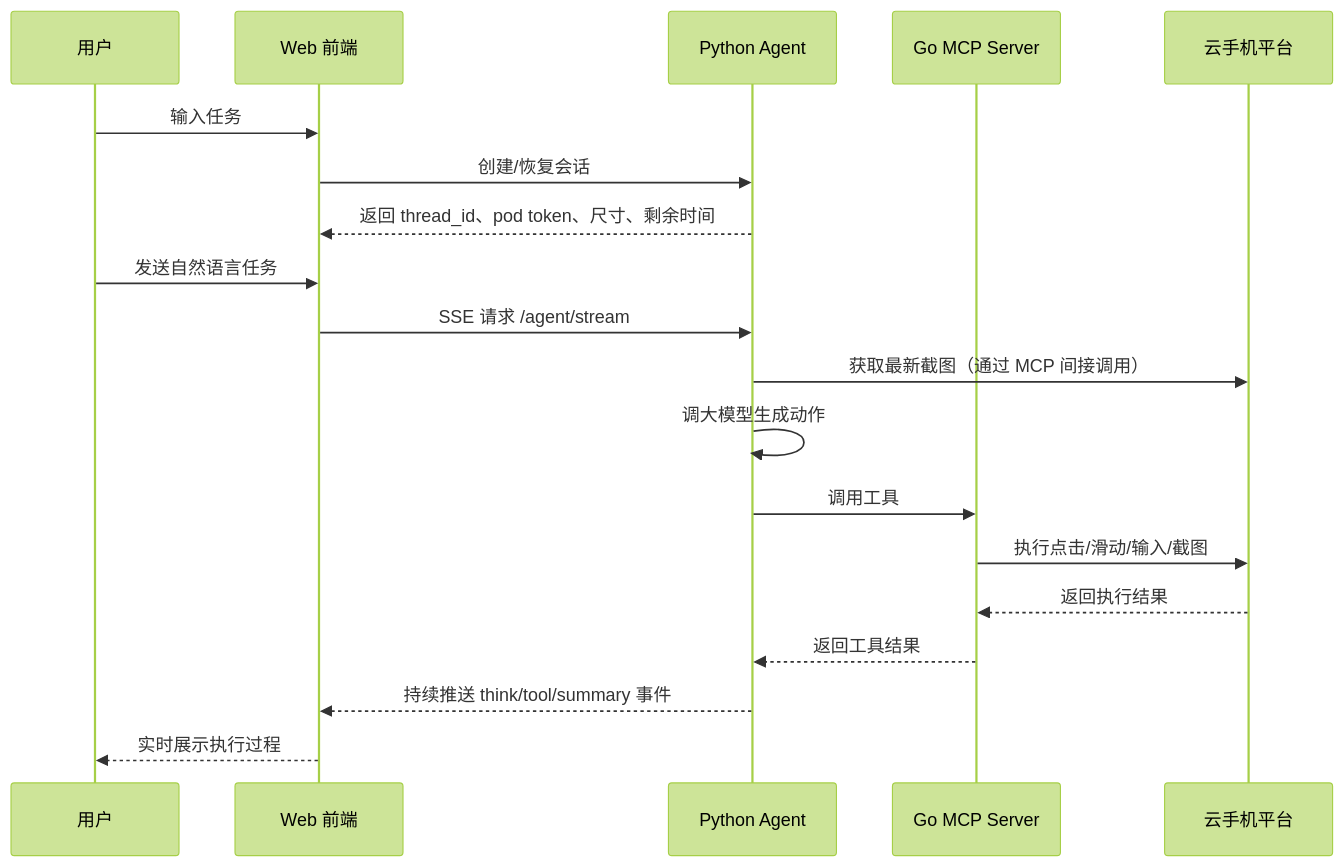
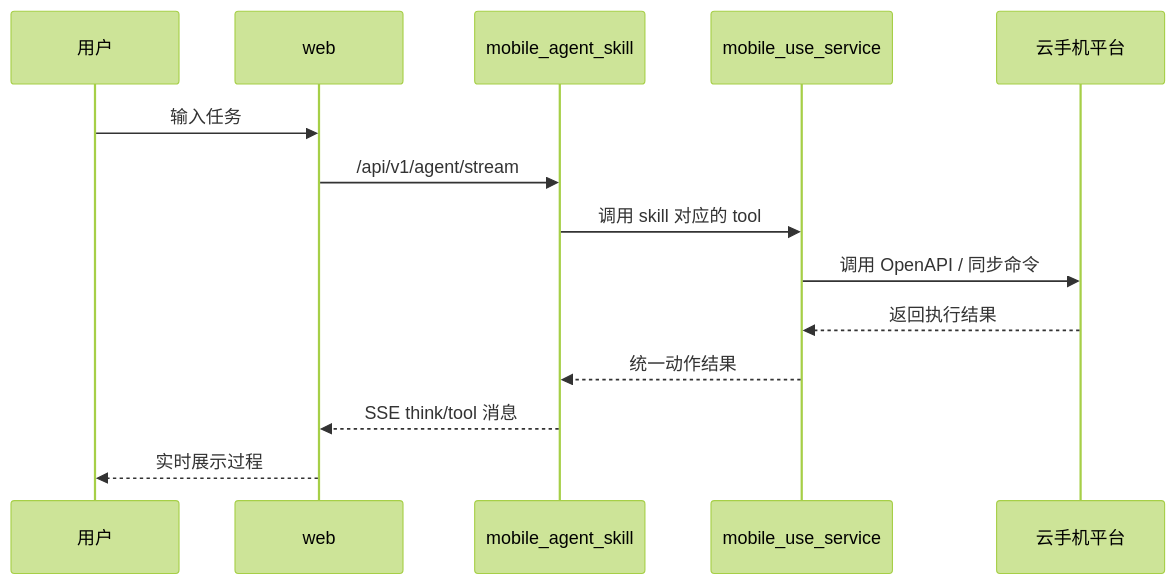
Before and after one commit to ShaofeiZi/ai-app-lab: the fourth of 4 diagrams in demohouse/mobile-use/PROJECT_EXPLAINED.zh-CN.md, drawn with Mermaid (forest theme). The commit also changed other lines of this file and 148 other files, not shown here.

````diff
--- a/demohouse/mobile-use/PROJECT_EXPLAINED.zh-CN.md
+++ b/demohouse/mobile-use/PROJECT_EXPLAINED.zh-CN.md
@@ -265,22 +274,17 @@
 ```mermaid
 sequenceDiagram
     participant User as 用户
-    participant Web as Web 前端
-    participant Agent as Python Agent
-    participant MCP as Go MCP Server
+    participant Web as web
+    participant Agent as mobile_agent_skill
+    participant Service as mobile_use_service
     participant Cloud as 云手机平台
 
     User->>Web: 输入任务
-    Web->>Agent: 创建/恢复会话
-    Agent-->>Web: 返回 thread_id、pod token、尺寸、剩余时间
-    User->>Web: 发送自然语言任务
-    Web->>Agent: SSE 请求 /agent/stream
-    Agent->>Cloud: 获取最新截图（通过 MCP 间接调用）
-    Agent->>Agent: 调大模型生成动作
-    Agent->>MCP: 调用工具
-    MCP->>Cloud: 执行点击/滑动/输入/截图
-    Cloud-->>MCP: 返回执行结果
-    MCP-->>Agent: 返回工具结果
-    Agent-->>Web: 持续推送 think/tool/summary 事件
-    Web-->>User: 实时展示执行过程
+    Web->>Agent: /api/v1/agent/stream
+    Agent->>Service: 调用 skill 对应的 tool
+    Service->>Cloud: 调用 OpenAPI / 同步命令
+    Cloud-->>Service: 返回执行结果
+    Service-->>Agent: 统一动作结果
+    Agent-->>Web: SSE think/tool 消息
+    Web-->>User: 实时展示过程
 ```
````
